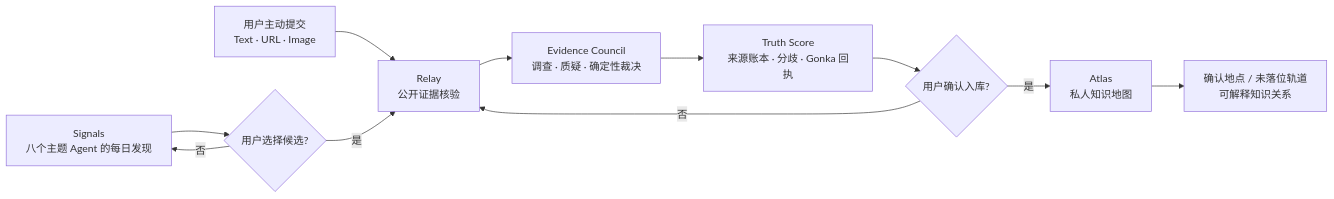
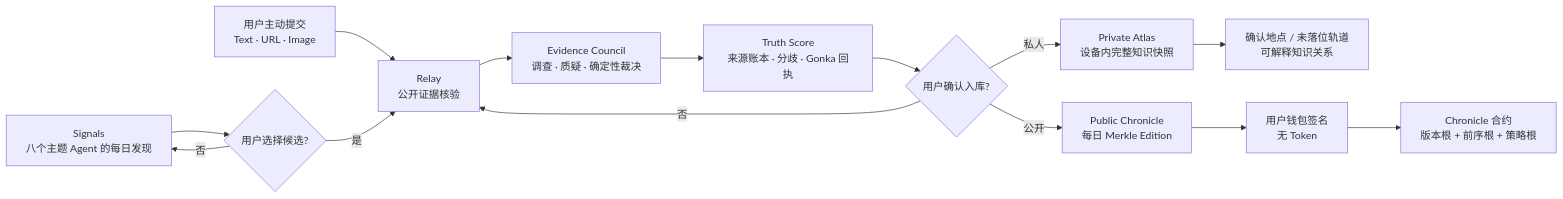
Before and after one commit to narratorzhang0307/Fact-Atlas: the first of 3 diagrams in README.md, drawn with Mermaid. The commit also changed other lines of this file and 4 other files, not shown here.

Commit message:
docs: make the knowledge DApp architecture explicit

````diff
--- a/README.md
+++ b/README.md
@@ -94,13 +99,16 @@
 ```mermaid
 flowchart LR
     U1["用户主动提交<br/>Text · URL · Image"] --> R["Relay<br/>公开证据核验"]
     S["Signals<br/>八个主题 Agent 的每日发现"] --> H1{"用户选择候选?"}
     H1 -->|是| R
     H1 -->|否| S
     R --> E["Evidence Council<br/>调查 · 质疑 · 确定性裁决"]
     E --> O["Truth Score<br/>来源账本 · 分歧 · Gonka 回执"]
     O --> H2{"用户确认入库?"}
-    H2 -->|是| A["Atlas<br/>私人知识地图"]
+    H2 -->|私人| A["Private Atlas<br/>设备内完整知识快照"]
+    H2 -->|公开| C["Public Chronicle<br/>每日 Merkle Edition"]
     H2 -->|否| R
     A --> P["确认地点 / 未落位轨道<br/>可解释知识关系"]
+    C --> W["用户钱包签名<br/>无 Token"]
+    W --> SC["Chronicle 合约<br/>版本根 + 前序根 + 策略根"]
 ```
````
